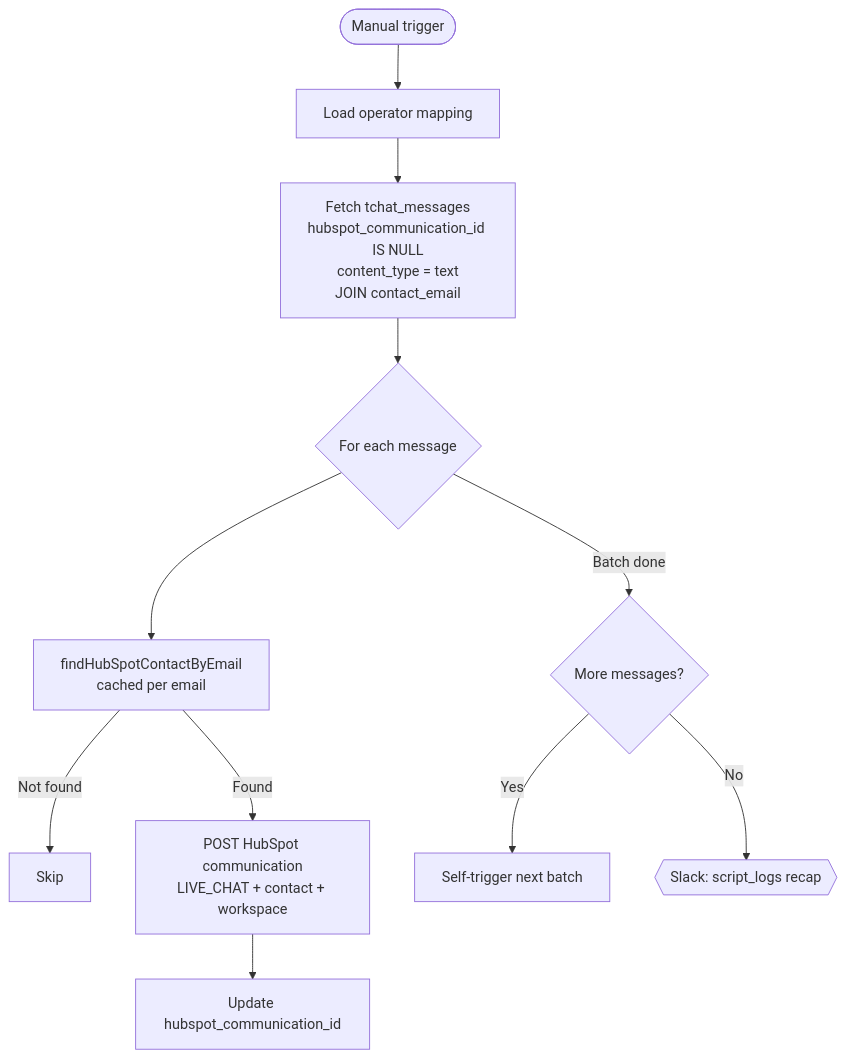
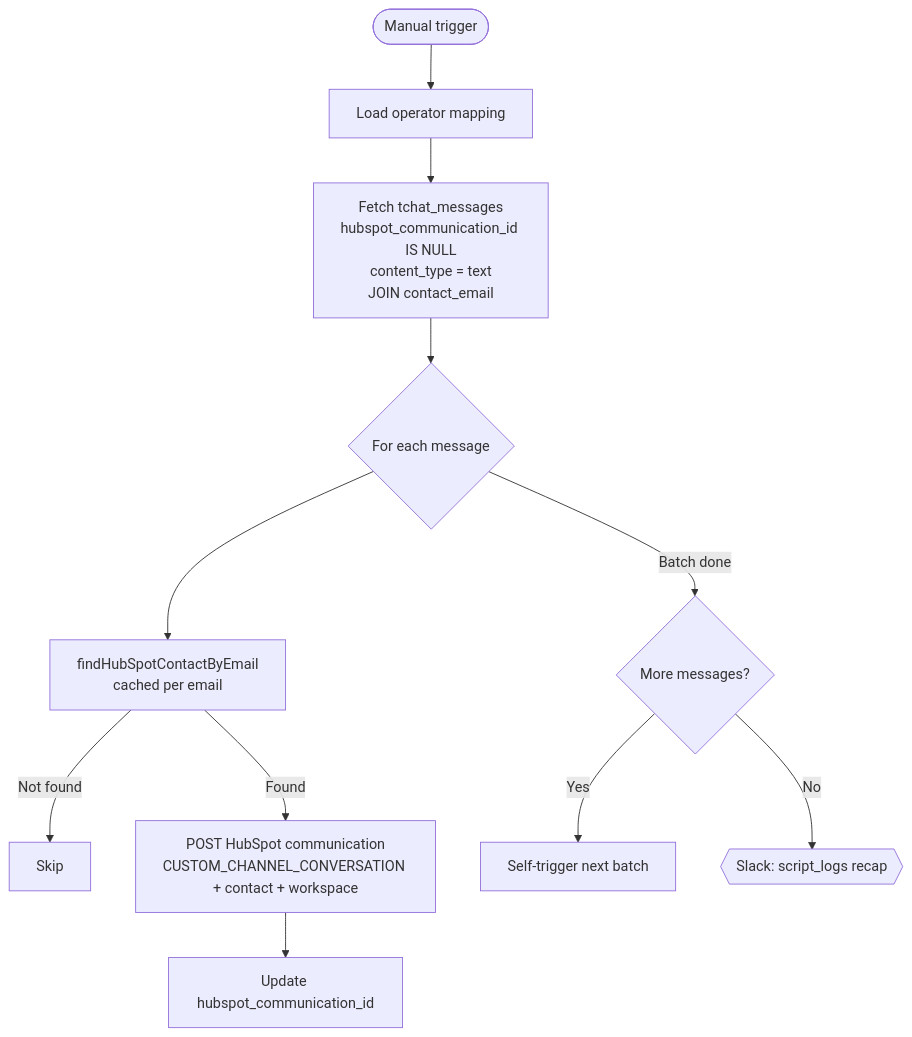
Diagram 21 of 26 in CLAUDE.md (AirSaas/linkedin-scrapp), drawn with Mermaid before and after one commit. The commit also changed other lines of this file and 1 other file, not shown here.

First line of the commit message:
Fix HubSpot channel type: LIVE_CHAT → CUSTOM_CHANNEL_CONVERSATION

````diff
--- a/CLAUDE.md
+++ b/CLAUDE.md
@@ -517,13 +517,13 @@
 ```mermaid
 flowchart TD
     A([Manual trigger]) --> B[Load operator mapping]
     B --> C[Fetch tchat_messages<br/>hubspot_communication_id IS NULL<br/>content_type = text<br/>JOIN contact_email]
     C --> D{For each message}
     D --> E[findHubSpotContactByEmail<br/>cached per email]
     E -->|Not found| F[Skip]
-    E -->|Found| G[POST HubSpot communication<br/>LIVE_CHAT + contact + workspace]
+    E -->|Found| G[POST HubSpot communication<br/>CUSTOM_CHANNEL_CONVERSATION + contact + workspace]
     G --> H[Update hubspot_communication_id]
     D -->|Batch done| I{More messages?}
     I -->|Yes| J[Self-trigger next batch]
     I -->|No| K{{Slack: script_logs recap}}
 ```
````
